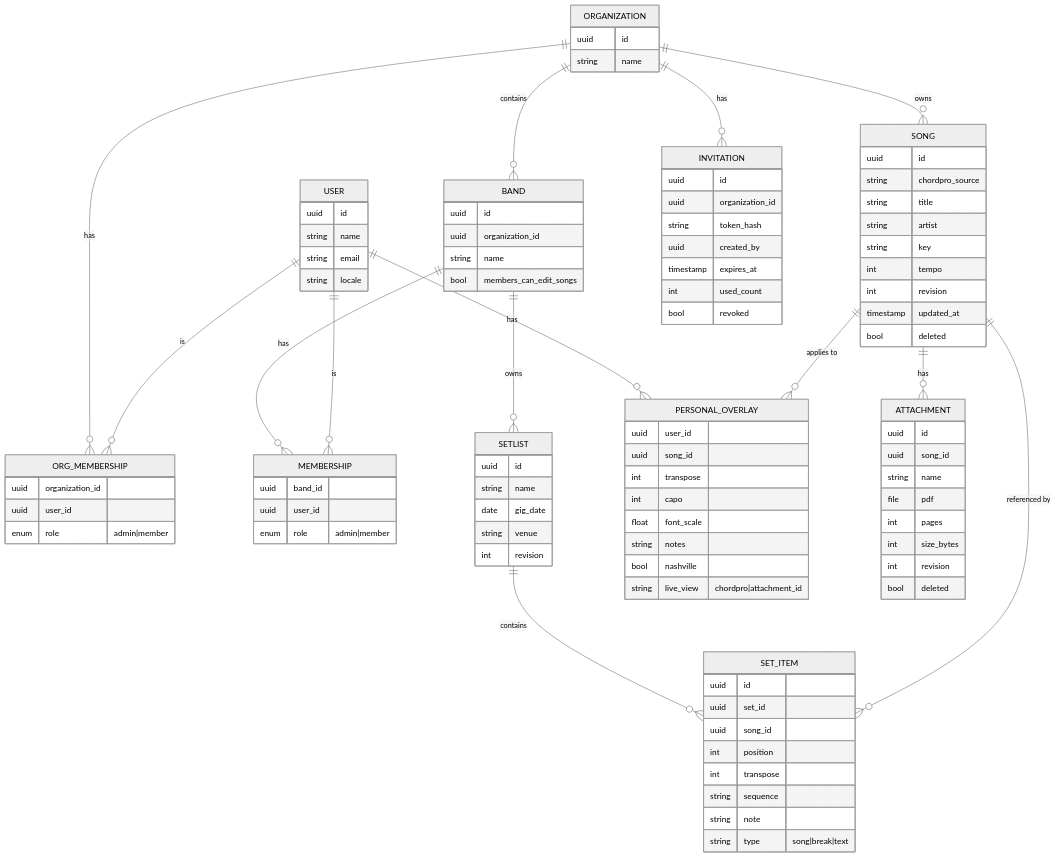
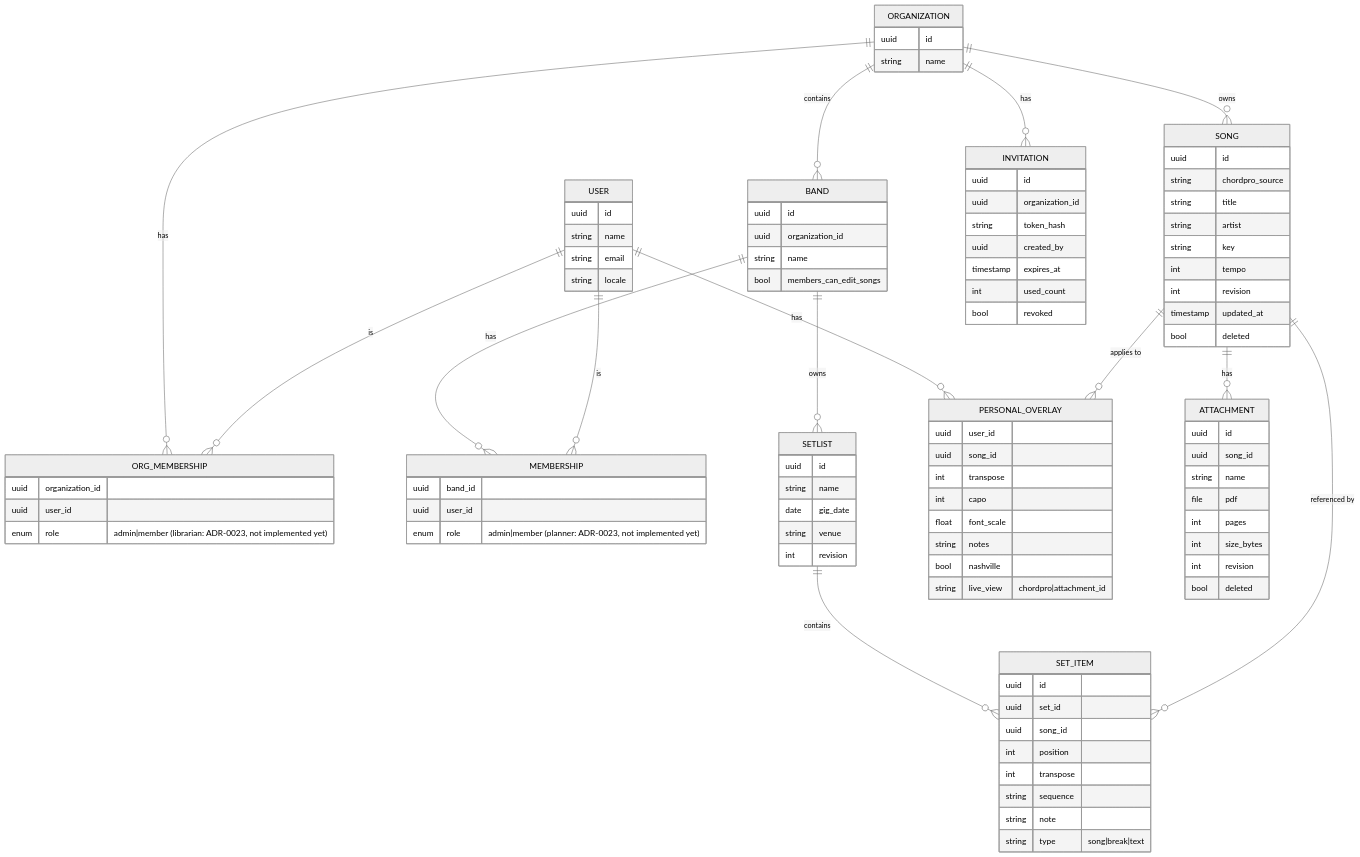
Before and after one commit to setDING/setDING: the second of 2 diagrams in docs/architecture/README.md, drawn with Mermaid (neutral theme). The commit also changed other lines of this file and 4 other files, not shown here.

````diff
--- a/docs/architecture/README.md
+++ b/docs/architecture/README.md
@@ -112,28 +119,28 @@
 ```mermaid
 erDiagram
     ORGANIZATION ||--o{ ORG_MEMBERSHIP : has
     USER ||--o{ ORG_MEMBERSHIP : is
     ORGANIZATION ||--o{ BAND : contains
     ORGANIZATION ||--o{ SONG : owns
     BAND ||--o{ MEMBERSHIP : has
     USER ||--o{ MEMBERSHIP : is
     BAND ||--o{ SETLIST : owns
     SETLIST ||--o{ SET_ITEM : contains
     SONG ||--o{ SET_ITEM : "referenced by"
     USER ||--o{ PERSONAL_OVERLAY : has
     SONG ||--o{ PERSONAL_OVERLAY : "applies to"
     SONG ||--o{ ATTACHMENT : has
     ORGANIZATION ||--o{ INVITATION : has
 
     ORGANIZATION { uuid id string name }
-    ORG_MEMBERSHIP { uuid organization_id uuid user_id enum role "admin|member" }
+    ORG_MEMBERSHIP { uuid organization_id uuid user_id enum role "admin|member (librarian: ADR-0023, not implemented yet)" }
     BAND { uuid id uuid organization_id string name bool members_can_edit_songs }
     USER { uuid id string name string email string locale }
-    MEMBERSHIP { uuid band_id uuid user_id enum role "admin|member" }
+    MEMBERSHIP { uuid band_id uuid user_id enum role "admin|member (planner: ADR-0023, not implemented yet)" }
     SONG { uuid id string chordpro_source string title string artist string key int tempo int revision timestamp updated_at bool deleted }
     SETLIST { uuid id string name date gig_date string venue int revision }
     SET_ITEM { uuid id uuid set_id uuid song_id int position int transpose string sequence string note string type "song|break|text" }
     PERSONAL_OVERLAY { uuid user_id uuid song_id int transpose int capo float font_scale string notes bool nashville string live_view "chordpro|attachment_id" }
     ATTACHMENT { uuid id uuid song_id string name file pdf int pages int size_bytes int revision bool deleted }
     INVITATION { uuid id uuid organization_id string token_hash uuid created_by timestamp expires_at int used_count bool revoked }
 ```
````
